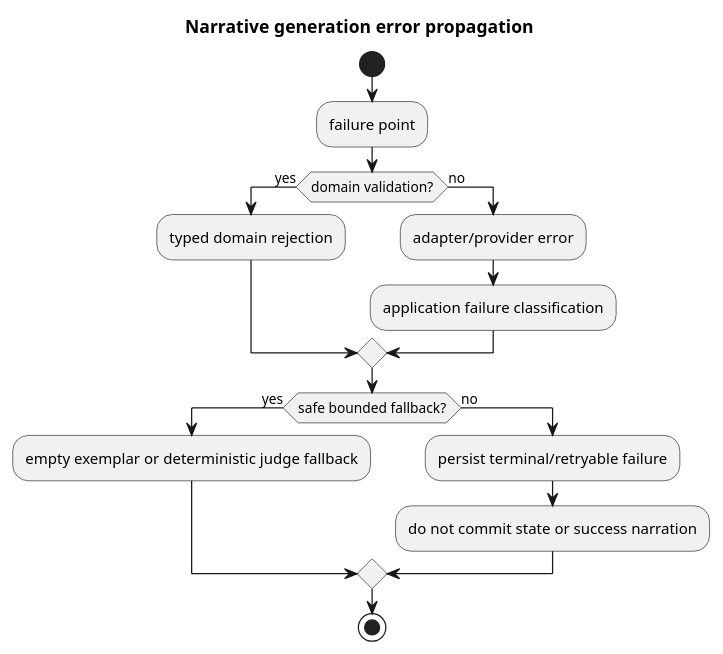
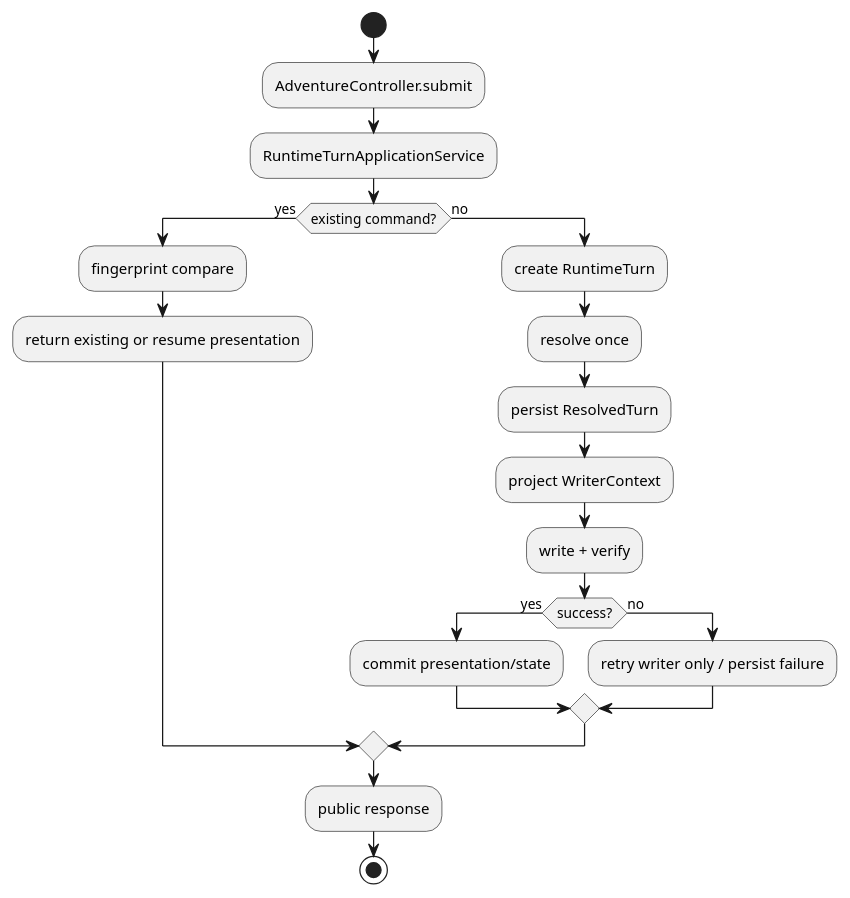
Before and after one commit to omegafrog/dnd-master: the fourth of 4 diagrams in docs/specs/architecture-spec.md, drawn with PlantUML. The commit also changed other lines of this file and 7 other files, not shown here.

````diff
--- a/docs/specs/architecture-spec.md
+++ b/docs/specs/architecture-spec.md
@@ -472,20 +265,24 @@
 ```plantuml
 @startuml
-title Narrative generation error propagation
 start
-:failure point;
-if (domain validation?) then (yes)
-  :typed domain rejection;
+:AdventureController.submit;
+:RuntimeTurnApplicationService;
+if (existing command?) then (yes)
+  :fingerprint compare;
+  :return existing or resume presentation;
 else (no)
-  :adapter/provider error;
-  :application failure classification;
+  :create RuntimeTurn;
+  :resolve once;
+  :persist ResolvedTurn;
+  :project WriterContext;
+  :write + verify;
+  if (success?) then (yes)
+    :commit presentation/state;
+  else (no)
+    :retry writer only / persist failure;
+  endif
 endif
-if (safe bounded fallback?) then (yes)
-  :empty exemplar or deterministic judge fallback;
-else (no)
-  :persist terminal/retryable failure;
-  :do not commit state or success narration;
-endif
+:public response;
 stop
 @enduml
 ```
````
